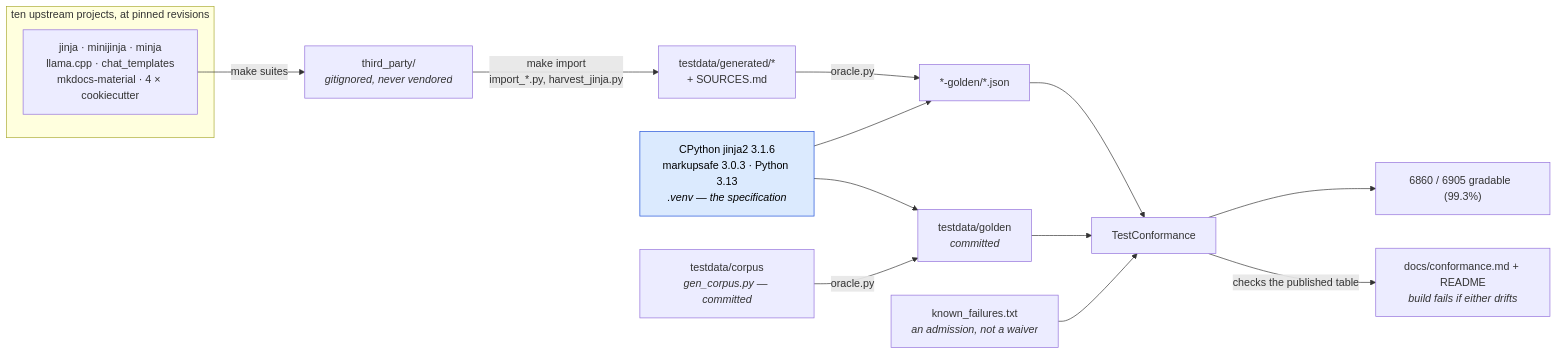
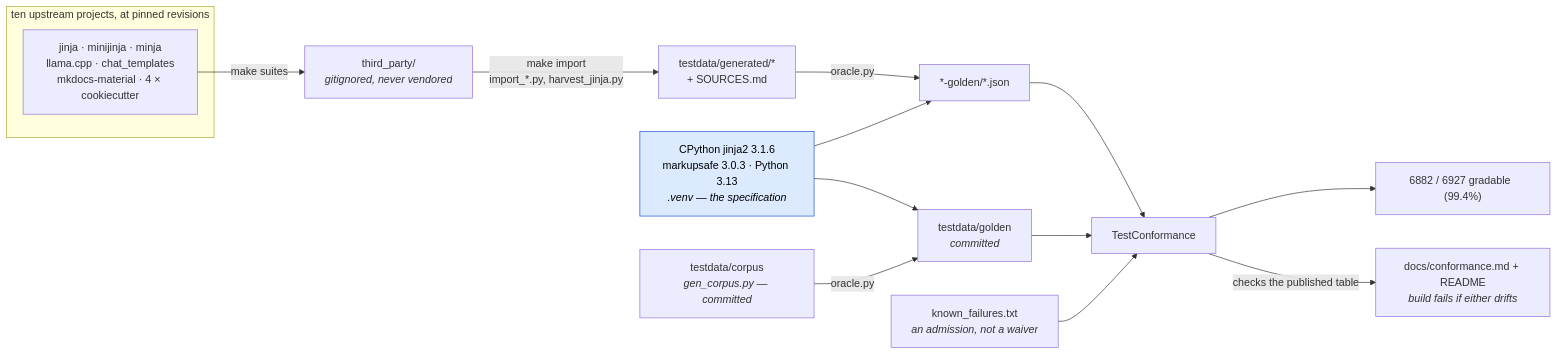
The first of 2 diagrams in docs/conformance.md (mgilbir/gojja2), drawn with Mermaid before and after one commit. The commit also changed other lines of this file and 86 other files, not shown here.

````diff
--- a/docs/conformance.md
+++ b/docs/conformance.md
@@ -17,24 +17,24 @@
 ```mermaid
 flowchart LR
     subgraph up["ten upstream projects, at pinned revisions"]
         U1["jinja · minijinja · minja<br/>llama.cpp · chat_templates<br/>mkdocs-material · 4 × cookiecutter"]
     end
     U1 -->|"make suites"| TP["third_party/<br/><i>gitignored, never vendored</i>"]
     TP -->|"make import<br/>import_*.py, harvest_jinja.py"| GEN["testdata/generated/*<br/>+ SOURCES.md"]
 
     ORA["CPython jinja2 3.1.6<br/>markupsafe 3.0.3 · Python 3.13<br/><i>.venv — the specification</i>"]
     GEN -->|"oracle.py"| G2["*-golden/*.json"]
     ORA --> G2
 
     OWN["testdata/corpus<br/><i>gen_corpus.py — committed</i>"] -->|"oracle.py"| G1["testdata/golden<br/><i>committed</i>"]
     ORA --> G1
 
     G1 --> TC["TestConformance"]
     G2 --> TC
     KF["known_failures.txt<br/><i>an admission, not a waiver</i>"] --> TC
-    TC --> RATE["6860 / 6905 gradable  (99.3%)"]
+    TC --> RATE["6882 / 6927 gradable  (99.4%)"]
     TC -->|"checks the published table"| RM["docs/conformance.md + README<br/><i>build fails if either drifts</i>"]
 
     classDef spec fill:#dbeafe,stroke:#1d4ed8,color:#000
     class ORA spec
 ```
````
